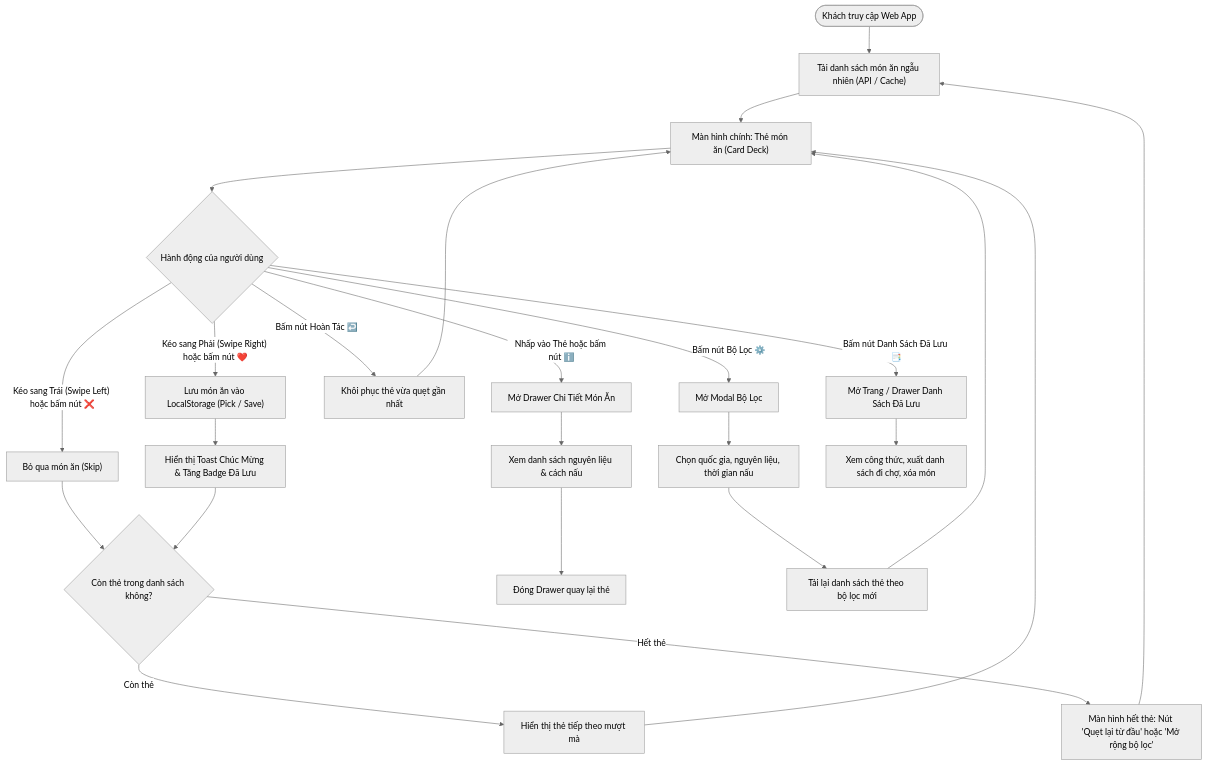
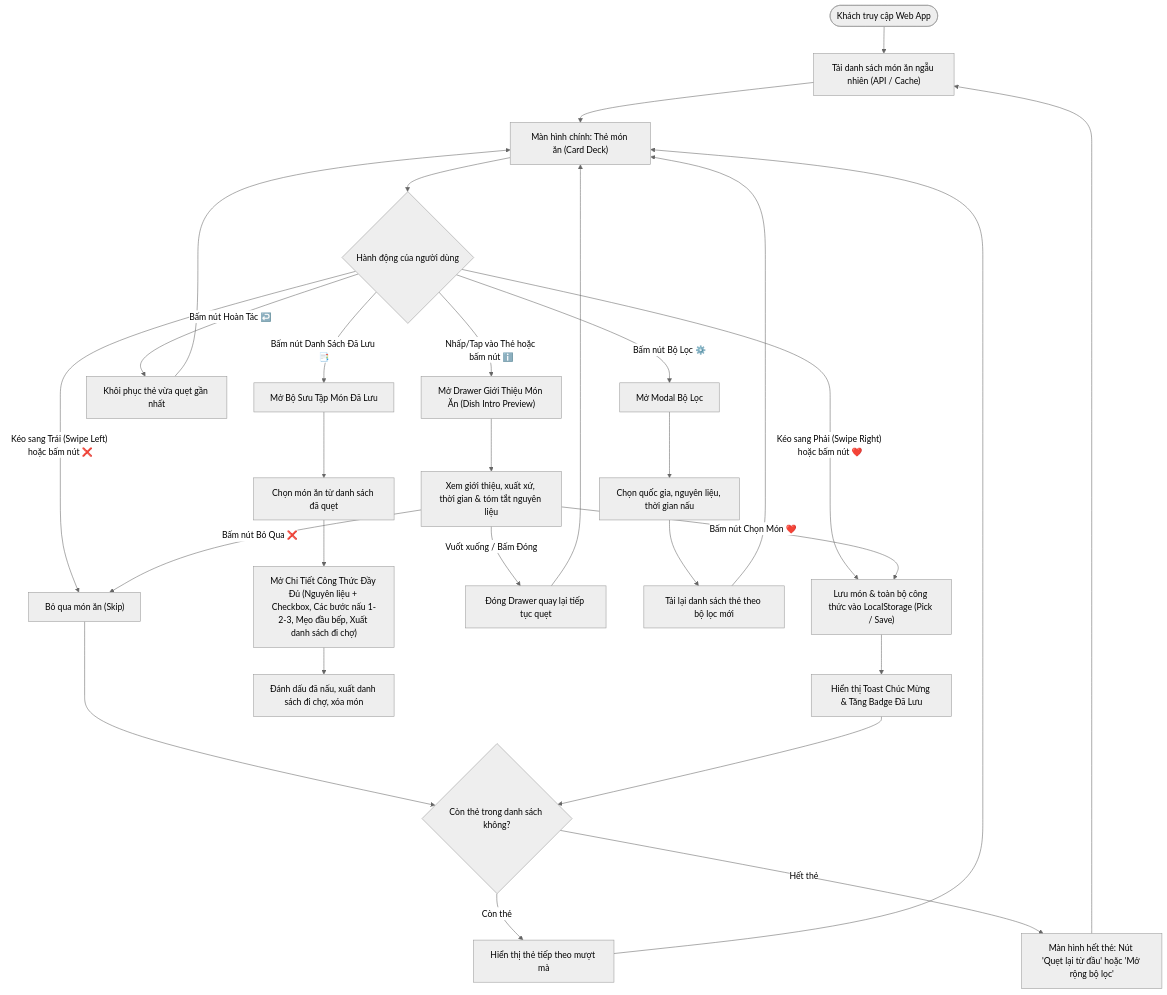
Before and after one commit to snowwminhduc1212/YumYumPick: the diagram in docs/03_USER_FLOW_AND_UIUX_SPEC.md, drawn with Mermaid (neutral theme). The commit also changed other lines of this file and 7 other files, not shown here.

````diff
--- a/docs/03_USER_FLOW_AND_UIUX_SPEC.md
+++ b/docs/03_USER_FLOW_AND_UIUX_SPEC.md
@@ -9,35 +9,41 @@
 ```mermaid
 flowchart TD
     Start(["Khách truy cập Web App"]) --> LoadCards["Tải danh sách món ăn ngẫu nhiên (API / Cache)"]
     
     LoadCards --> MainScreen["Màn hình chính: Thẻ món ăn (Card Deck)"]
     
     MainScreen --> Decision{"Hành động của người dùng"}
     
     Decision -- "Kéo sang Trái (Swipe Left) hoặc bấm nút ❌" --> SkipDish["Bỏ qua món ăn (Skip)"]
     SkipDish --> CheckMore{"Còn thẻ trong danh sách không?"}
     
-    Decision -- "Kéo sang Phải (Swipe Right) hoặc bấm nút ❤️" --> PickDish["Lưu món ăn vào LocalStorage (Pick / Save)"]
+    Decision -- "Kéo sang Phải (Swipe Right) hoặc bấm nút ❤️" --> PickDish["Lưu món & toàn bộ công thức vào LocalStorage (Pick / Save)"]
     PickDish --> ShowToast["Hiển thị Toast Chúc Mừng & Tăng Badge Đã Lưu"]
     ShowToast --> CheckMore
     
-    Decision -- "Nhấp vào Thẻ hoặc bấm nút ℹ️" --> OpenDrawer["Mở Drawer Chi Tiết Món Ăn"]
-    OpenDrawer --> ViewRecipe["Xem danh sách nguyên liệu & cách nấu"]
-    ViewRecipe --> CloseDrawer["Đóng Drawer quay lại thẻ"]
+    Decision -- "Nhấp/Tap vào Thẻ hoặc bấm nút ℹ️" --> OpenIntroDrawer["Mở Drawer Giới Thiệu Món Ăn (Dish Intro Preview)"]
+    OpenIntroDrawer --> ViewIntro["Xem giới thiệu, xuất xứ, thời gian & tóm tắt nguyên liệu"]
+    ViewIntro -- "Bấm nút Chọn Món ❤️" --> PickDish
+    ViewIntro -- "Bấm nút Bỏ Qua ❌" --> SkipDish
+    ViewIntro -- "Vuốt xuống / Bấm Đóng" --> CloseDrawer["Đóng Drawer quay lại tiếp tục quẹt"]
+    CloseDrawer --> MainScreen
     
     Decision -- "Bấm nút Hoàn Tác ↩️" --> UndoAction["Khôi phục thẻ vừa quẹt gần nhất"]
     UndoAction --> MainScreen
     
     Decision -- "Bấm nút Bộ Lọc ⚙️" --> OpenFilter["Mở Modal Bộ Lọc"]
-    OpenFilter --> ApplyFilter["Chọn quốc gia, nguyên liệu, thời gian nấu"]
+    ApplyFilter["Chọn quốc gia, nguyên liệu, thời gian nấu"]
+    OpenFilter --> ApplyFilter
     ApplyFilter --> ReloadFiltered["Tải lại danh sách thẻ theo bộ lọc mới"]
     ReloadFiltered --> MainScreen
     
-    Decision -- "Bấm nút Danh Sách Đã Lưu 📑" --> SavedScreen["Mở Trang / Drawer Danh Sách Đã Lưu"]
-    SavedScreen --> ManageSaved["Xem công thức, xuất danh sách đi chợ, xóa món"]
+    Decision -- "Bấm nút Danh Sách Đã Lưu 📑" --> SavedScreen["Mở Bộ Sưu Tập Món Đã Lưu"]
+    SavedScreen --> SelectSaved["Chọn món ăn từ danh sách đã quẹt"]
+    SelectSaved --> FullRecipeModal["Mở Chi Tiết Công Thức Đầy Đủ (Nguyên liệu + Checkbox, Các bước nấu 1-2-3, Mẹo đầu bếp, Xuất danh sách đi chợ)"]
+    FullRecipeModal --> ManageSaved["Đánh dấu đã nấu, xuất danh sách đi chợ, xóa món"]
 
     CheckMore -- "Còn thẻ" --> NextCard["Hiển thị thẻ tiếp theo mượt mà"]
     NextCard --> MainScreen
     CheckMore -- "Hết thẻ" --> EmptyState["Màn hình hết thẻ: Nút 'Quẹt lại từ đầu' hoặc 'Mở rộng bộ lọc'"]
     EmptyState --> LoadCards
 ```
````
